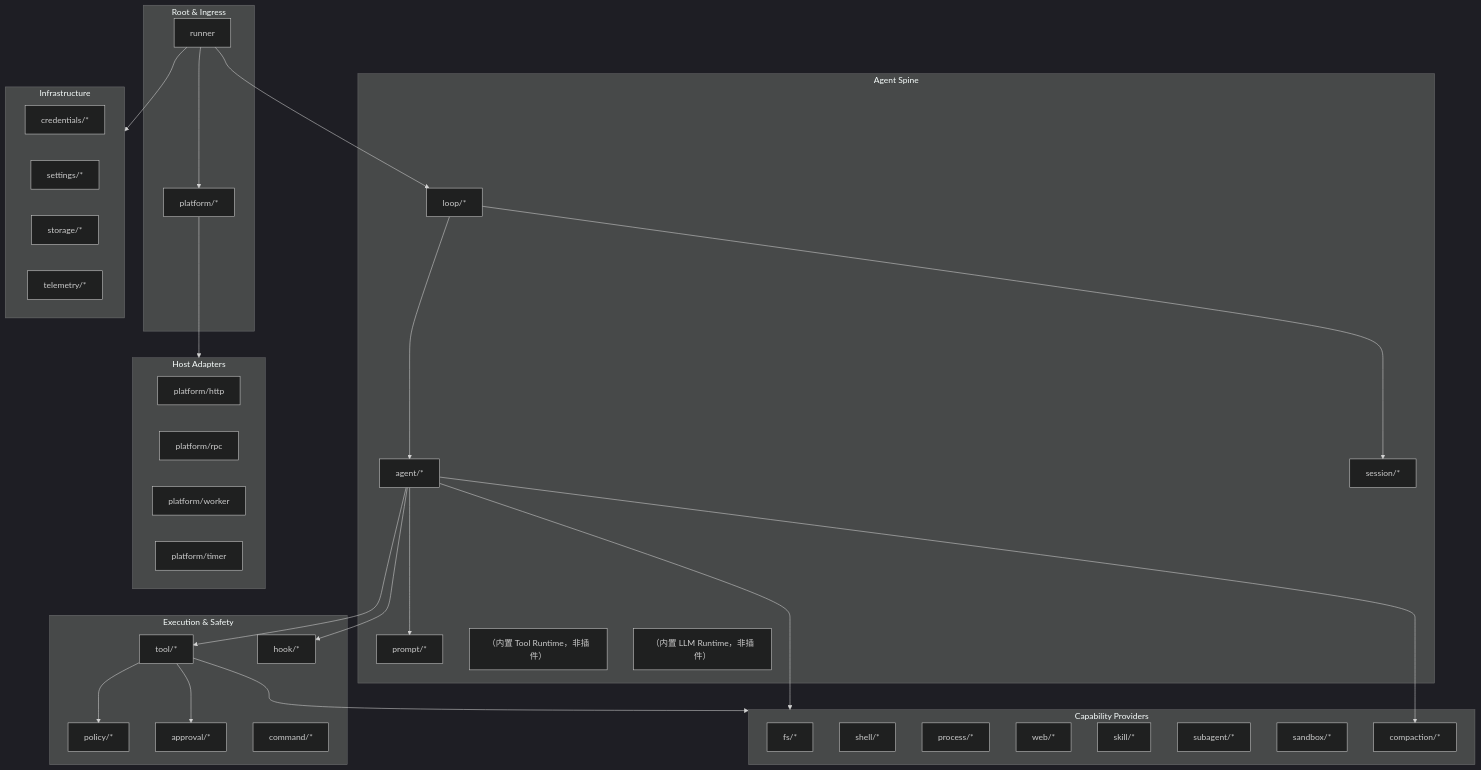
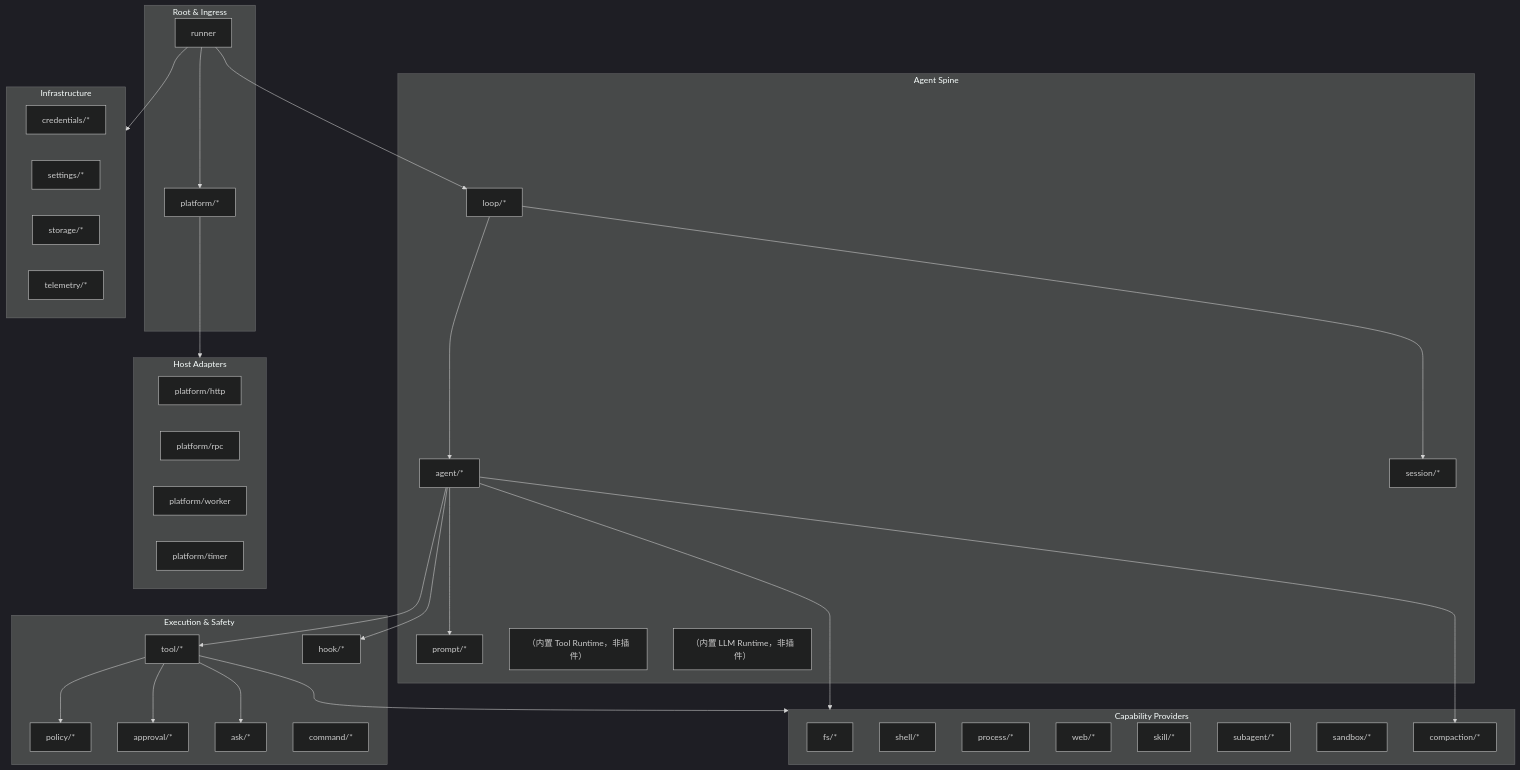
Before and after one commit to lengzhao/agentkit: the diagram in docs/plugin-catalog.zh.md, drawn with Mermaid (dark theme). The commit also changed other lines of this file and 41 other files, not shown here.

````diff
--- a/docs/plugin-catalog.zh.md
+++ b/docs/plugin-catalog.zh.md
@@ -24,64 +24,66 @@
 ```mermaid
 flowchart TB
   subgraph root ["Root & Ingress"]
     Runner["runner"]
     Platform["platform/*"]
   end
 
   subgraph spine ["Agent Spine"]
     Loop["loop/*"]
     Agent["agent/*"]
     Session["session/*"]
     Prompt["prompt/*"]
     ToolsRT["（内置 Tool Runtime，非插件）"]
     LLMRT["（内置 LLM Runtime，非插件）"]
   end
 
   subgraph exec ["Execution & Safety"]
     Tool["tool/*"]
     Policy["policy/*"]
     Hook["hook/*"]
     Approval["approval/*"]
+    Ask["ask/*"]
     Command["command/*"]
   end
 
   subgraph cap ["Capability Providers"]
     FS["fs/*"]
     Shell["shell/*"]
     Process["process/*"]
     Web["web/*"]
     Skill["skill/*"]
     Subagent["subagent/*"]
     Sandbox["sandbox/*"]
     Compaction["compaction/*"]
   end
 
   subgraph infra ["Infrastructure"]
     Credentials["credentials/*"]
     Settings["settings/*"]
     Storage["storage/*"]
     Telemetry["telemetry/*"]
   end
 
   subgraph host ["Host Adapters"]
     HTTP["platform/http"]
     RPC["platform/rpc"]
     Worker["platform/worker"]
     Timer["platform/timer"]
   end
 
   Runner --> Platform
   Runner --> Loop
   Loop --> Agent
   Loop --> Session
   Agent --> Prompt
   Agent --> Tool
   Agent --> cap
   Tool --> cap
   Tool --> Policy
   Tool --> Approval
+  Tool --> Ask
   Agent --> Hook
   Agent --> Compaction
   Runner --> infra
   Platform --> host
 ```
````
